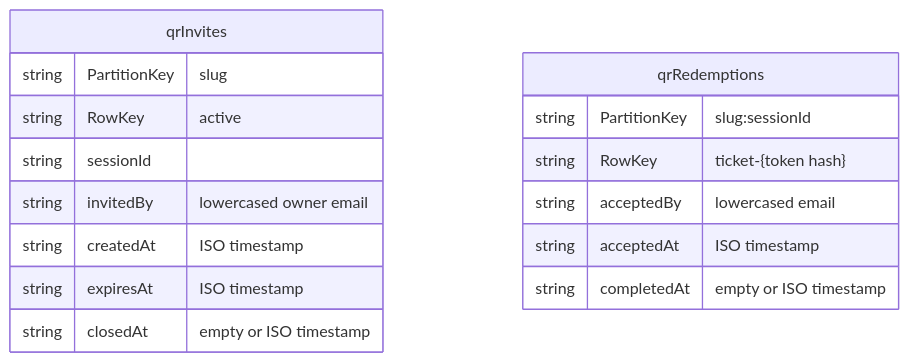
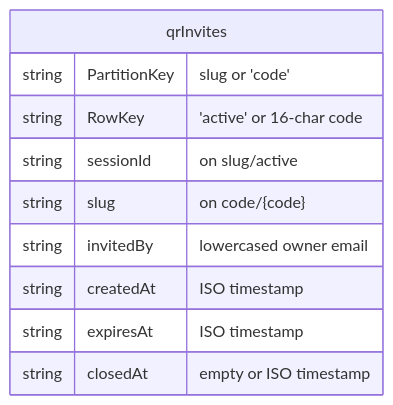
Before and after one commit to kurtzeborn/mission-journal: the tenth of 18 diagrams in docs/architecture.md, drawn with Mermaid. The commit also changed other lines of this file and 10 other files, not shown here.

Commit message:
Simplify QR Quick Join to a short non-rotating session code (#143)

````diff
--- a/docs/architecture.md
+++ b/docs/architecture.md
@@ -254,19 +254,13 @@
 ```mermaid
 erDiagram
     qrInvites {
-        string PartitionKey "slug"
-        string RowKey "active"
-        string sessionId
+        string PartitionKey "slug or 'code'"
+        string RowKey "'active' or 16-char code"
+        string sessionId "on slug/active"
+        string slug "on code/{code}"
         string invitedBy "lowercased owner email"
         string createdAt "ISO timestamp"
         string expiresAt "ISO timestamp"
         string closedAt "empty or ISO timestamp"
     }
-    qrRedemptions {
-        string PartitionKey "slug:sessionId"
-        string RowKey "ticket-{token hash}"
-        string acceptedBy "lowercased email"
-        string acceptedAt "ISO timestamp"
-        string completedAt "empty or ISO timestamp"
-    }
 ```
````
